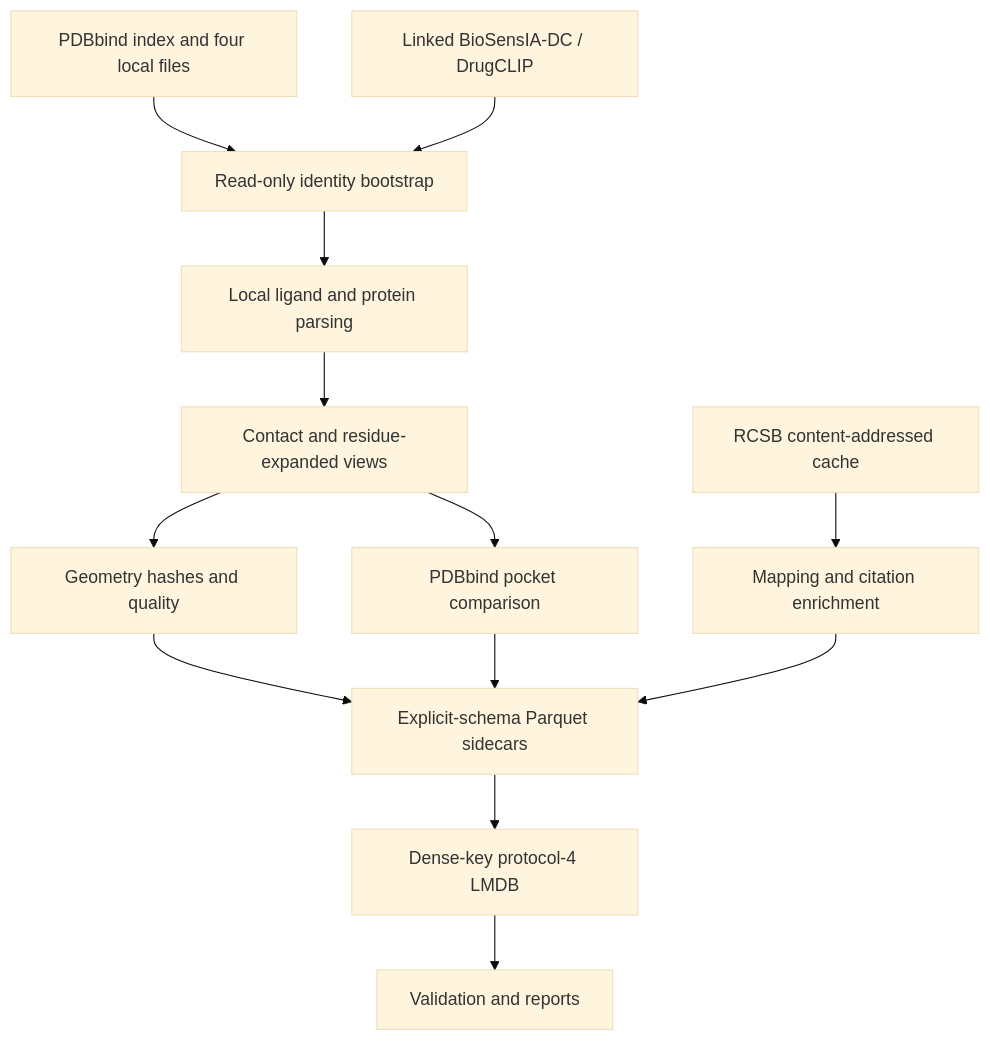
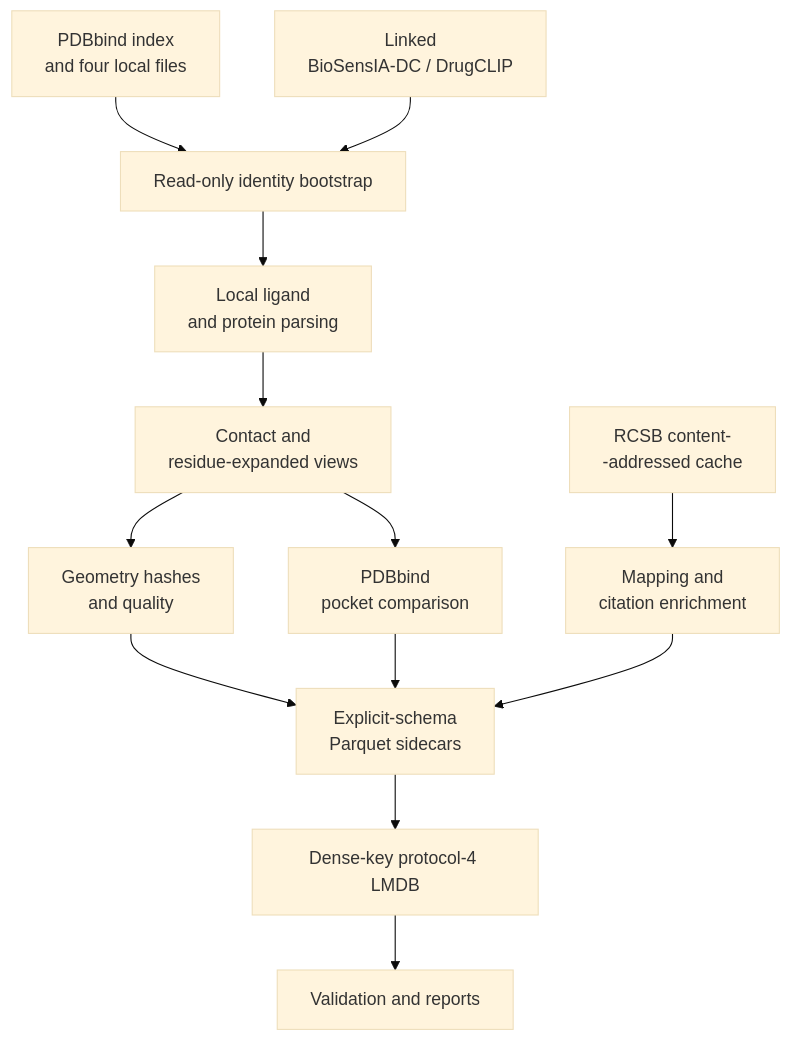
One commit to fnaufel/candidate_pockets_PDBBind changed the diagram in pdbbind_pocket_library.md. Above: the diagram before and after it, drawn with Mermaid (base theme). The commit also changed 1 other file, not shown here.

Commit message:
Fix mermaid diagram

````diff
--- a/pdbbind_pocket_library.md
+++ b/pdbbind_pocket_library.md
@@ -59,15 +59,15 @@
 ``` mermaid
 flowchart TD
-  A[PDBbind index and four local files] --> B[Read-only identity bootstrap]
-  D[Linked BioSensIA-DC / DrugCLIP] --> B
-  B --> C[Local ligand and protein parsing]
-  C --> E[Contact and residue-expanded views]
-  E --> F[Geometry hashes and quality]
-  E --> G[PDBbind pocket comparison]
-  H[RCSB content-addressed cache] --> I[Mapping and citation enrichment]
-  F --> J[Explicit-schema Parquet sidecars]
+  A[PDBbind index<br />and four local files] --> B[Read-only identity bootstrap]
+  D[Linked<br />BioSensIA-DC / DrugCLIP] --> B
+  B --> C[Local ligand<br />and protein parsing]
+  C --> E[Contact and<br />residue-expanded views]
+  E --> F[Geometry hashes<br />and quality]
+  E --> G[PDBbind<br />pocket comparison]
+  H[RCSB content-<br />-addressed cache] --> I[Mapping and<br />citation enrichment]
+  F --> J[Explicit-schema<br />Parquet sidecars]
   G --> J
   I --> J
   J --> K[Dense-key protocol-4 LMDB]
   K --> L[Validation and reports]
 ```
````
